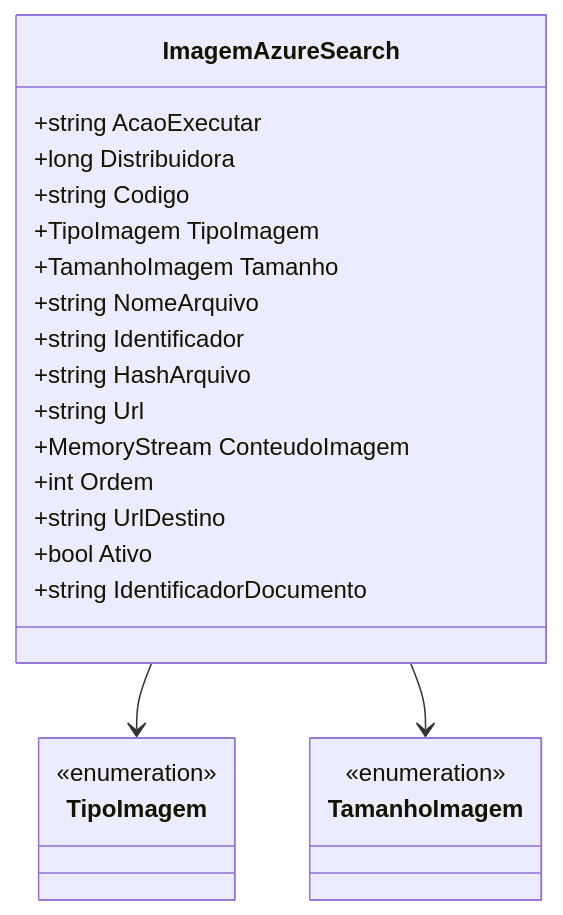
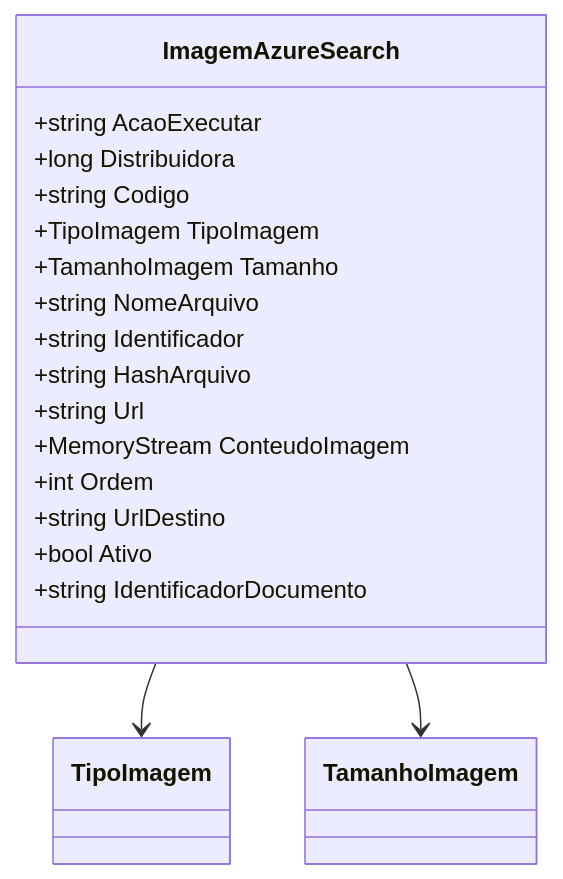
One commit to IsthmusSistemas/documentacao-tecnica changed the diagram in docs/b2b-dominio/IsthmusWinthor.Nucleo/IsthmusWinthor.Dominio/EntidadesAzure/ImagemAzureSearch.md. Above: the diagram before and after it, drawn with Mermaid. The commit also changed other lines of this file and 882 other files, not shown here.

````diff
--- a/docs/b2b-dominio/IsthmusWinthor.Nucleo/IsthmusWinthor.Dominio/EntidadesAzure/ImagemAzureSearch.md
+++ b/docs/b2b-dominio/IsthmusWinthor.Nucleo/IsthmusWinthor.Dominio/EntidadesAzure/ImagemAzureSearch.md
@@ -35,30 +34,22 @@
 ```mermaid
 classDiagram
     class ImagemAzureSearch {
         +string AcaoExecutar
         +long Distribuidora
         +string Codigo
         +TipoImagem TipoImagem
         +TamanhoImagem Tamanho
         +string NomeArquivo
         +string Identificador
         +string HashArquivo
         +string Url
         +MemoryStream ConteudoImagem
         +int Ordem
         +string UrlDestino
         +bool Ativo
         +string IdentificadorDocumento
     }
     
-    class TipoImagem {
-        <<enumeration>>
-    }
-    
-    class TamanhoImagem {
-        <<enumeration>>
-    }
-    
     ImagemAzureSearch --> TipoImagem
     ImagemAzureSearch --> TamanhoImagem
 ```
````
